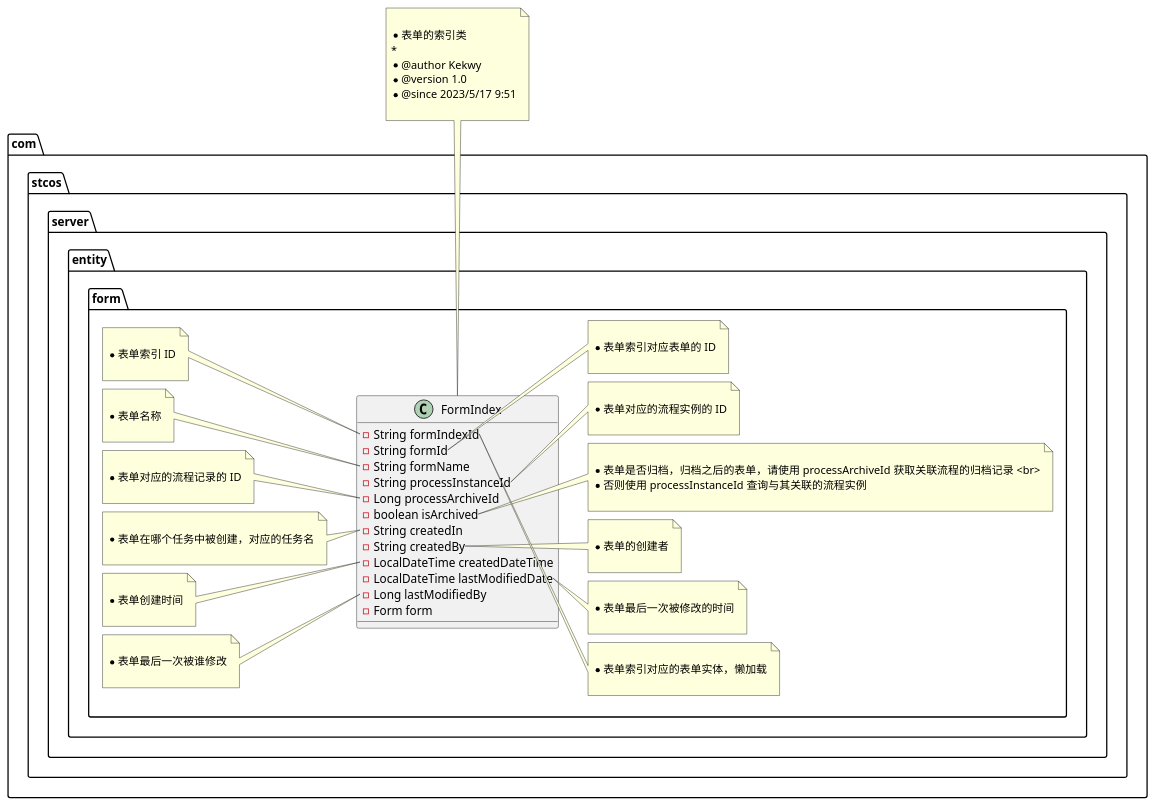
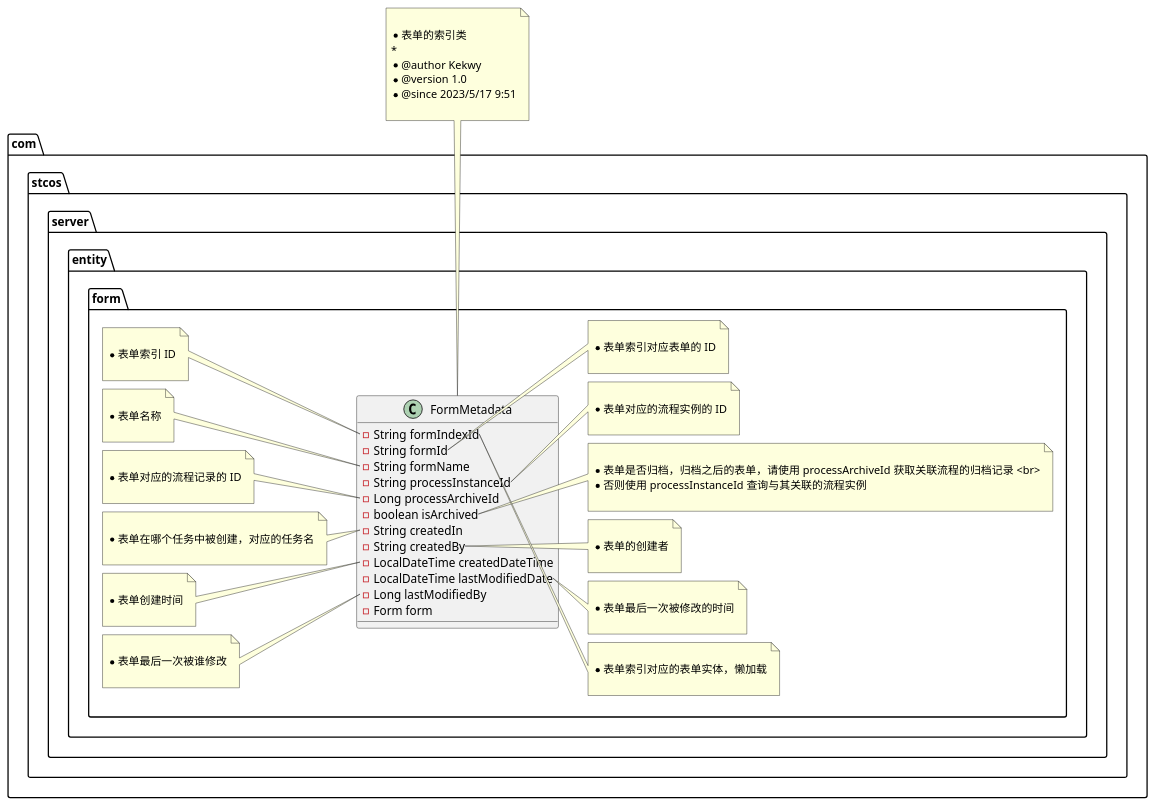
The diagram in plantuml/datastructure/FormIndex_1.puml (OnlineSystemGroupA/backend), drawn with PlantUML before and after one commit. The commit also changed 22 other files, not shown here.

```diff
--- a/plantuml/datastructure/FormIndex_1.puml
+++ b/plantuml/datastructure/FormIndex_1.puml
@@ -1,87 +1,87 @@
 @startuml
-class com.stcos.server.entity.form.FormIndex {
+class com.stcos.server.entity.form.FormMetadata {
 - String formIndexId
 - String formId
 - String formName
 - String processInstanceId
 - Long processArchiveId
 - boolean isArchived
 - String createdIn
 - String createdBy
 - LocalDateTime createdDateTime
 - LocalDateTime lastModifiedDate
 - Long lastModifiedBy
 - Form form
 }
-note top of com.stcos.server.entity.form.FormIndex
+note top of com.stcos.server.entity.form.FormMetadata
 
  * 表单的索引类
  *
  * @author Kekwy
  * @version 1.0
  * @since 2023/5/17 9:51
  
 end note
-note left of com.stcos.server.entity.form.FormIndex::formIndexId
+note left of com.stcos.server.entity.form.FormMetadata::formIndexId
 
      * 表单索引 ID
      
 end note
-note right of com.stcos.server.entity.form.FormIndex::formId
+note right of com.stcos.server.entity.form.FormMetadata::formId
 
      * 表单索引对应表单的 ID
      
 end note
-note left of com.stcos.server.entity.form.FormIndex::formName
+note left of com.stcos.server.entity.form.FormMetadata::formName
 
      * 表单名称
      
 end note
-note right of com.stcos.server.entity.form.FormIndex::processInstanceId
+note right of com.stcos.server.entity.form.FormMetadata::processInstanceId
 
      * 表单对应的流程实例的 ID
      
 end note
-note left of com.stcos.server.entity.form.FormIndex::processArchiveId
+note left of com.stcos.server.entity.form.FormMetadata::processArchiveId
 
      * 表单对应的流程记录的 ID
      
 end note
-note right of com.stcos.server.entity.form.FormIndex::isArchived
+note right of com.stcos.server.entity.form.FormMetadata::isArchived
 
      * 表单是否归档，归档之后的表单，请使用 processArchiveId 获取关联流程的归档记录 <br>
      * 否则使用 processInstanceId 查询与其关联的流程实例
      
 end note
-note left of com.stcos.server.entity.form.FormIndex::createdIn
+note left of com.stcos.server.entity.form.FormMetadata::createdIn
 
      * 表单在哪个任务中被创建，对应的任务名
      
 end note
-note right of com.stcos.server.entity.form.FormIndex::createdBy
+note right of com.stcos.server.entity.form.FormMetadata::createdBy
 
      * 表单的创建者
      
 end note
-note left of com.stcos.server.entity.form.FormIndex::createdDateTime
+note left of com.stcos.server.entity.form.FormMetadata::createdDateTime
 
      * 表单创建时间
      
 end note
-note right of com.stcos.server.entity.form.FormIndex::lastModifiedDate
+note right of com.stcos.server.entity.form.FormMetadata::lastModifiedDate
 
      * 表单最后一次被修改的时间
      
 end note
-note left of com.stcos.server.entity.form.FormIndex::lastModifiedBy
+note left of com.stcos.server.entity.form.FormMetadata::lastModifiedBy
 
      * 表单最后一次被谁修改
      
 end note
-note right of com.stcos.server.entity.form.FormIndex::form
+note right of com.stcos.server.entity.form.FormMetadata::form
 
      * 表单索引对应的表单实体，懒加载
      
 end note
 
 @enduml
```
